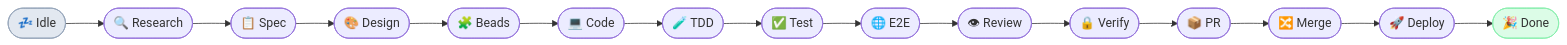
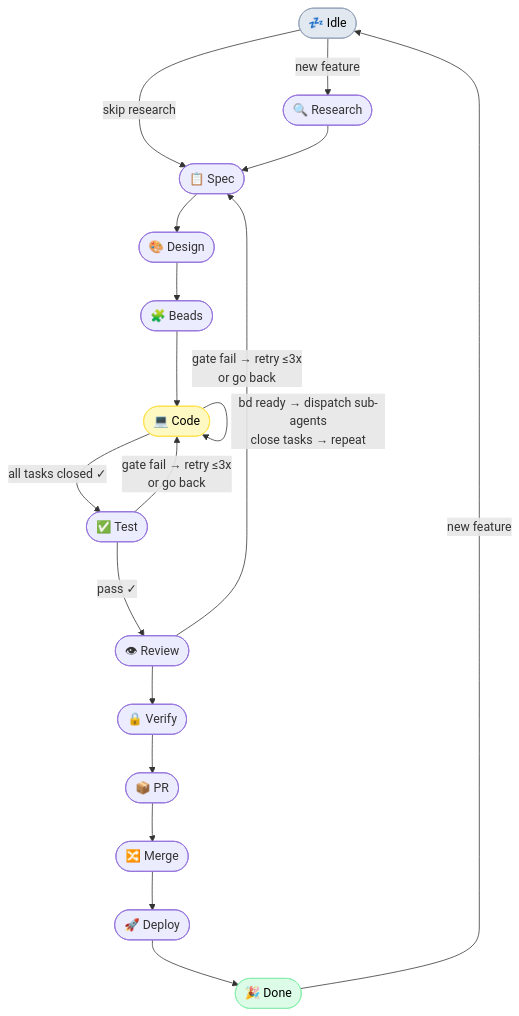
Before and after one commit to tunneleven/C4Flow: the diagram in README.md, drawn with Mermaid.

Commit message:
docs: redraw workflow diagram with loops — CODE inner loop, retry/go-back, DONE→IDLE

````diff
--- a/README.md
+++ b/README.md
@@ -5,20 +5,29 @@
 ```mermaid
-flowchart LR
-    IDLE([💤 Idle]) --> RESEARCH([🔍 Research])
+flowchart TD
+    IDLE([💤 Idle]) -->|new feature| RESEARCH([🔍 Research])
+    IDLE -->|skip research| SPEC
+
     RESEARCH --> SPEC([📋 Spec])
     SPEC --> DESIGN([🎨 Design])
     DESIGN --> BEADS([🧩 Beads])
+
     BEADS --> CODE([💻 Code])
-    CODE --> TDD([🧪 TDD])
-    TDD --> TEST([✅ Test])
-    TEST --> E2E([🌐 E2E])
-    E2E --> REVIEW([👁 Review])
+    CODE -->|"bd ready → dispatch sub-agents\nclose tasks → repeat"| CODE
+    CODE -->|all tasks closed ✓| TEST([✅ Test])
+
+    TEST -->|pass ✓| REVIEW([👁 Review])
     REVIEW --> VERIFY([🔒 Verify])
     VERIFY --> PR([📦 PR])
     PR --> MERGE([🔀 Merge])
     MERGE --> DEPLOY([🚀 Deploy])
     DEPLOY --> DONE([🎉 Done])
 
-    style IDLE fill:#e2e8f0,stroke:#94a3b8
-    style DONE fill:#dcfce7,stroke:#86efac
+    DONE -->|"new feature"| IDLE
+
+    REVIEW -->|"gate fail → retry ≤3x\nor go back"| SPEC
+    TEST -->|"gate fail → retry ≤3x\nor go back"| CODE
+
+    style IDLE fill:#e2e8f0,stroke:#94a3b8,color:#000
+    style DONE fill:#dcfce7,stroke:#86efac,color:#000
+    style CODE fill:#fef9c3,stroke:#fde047,color:#000
 ```
````
